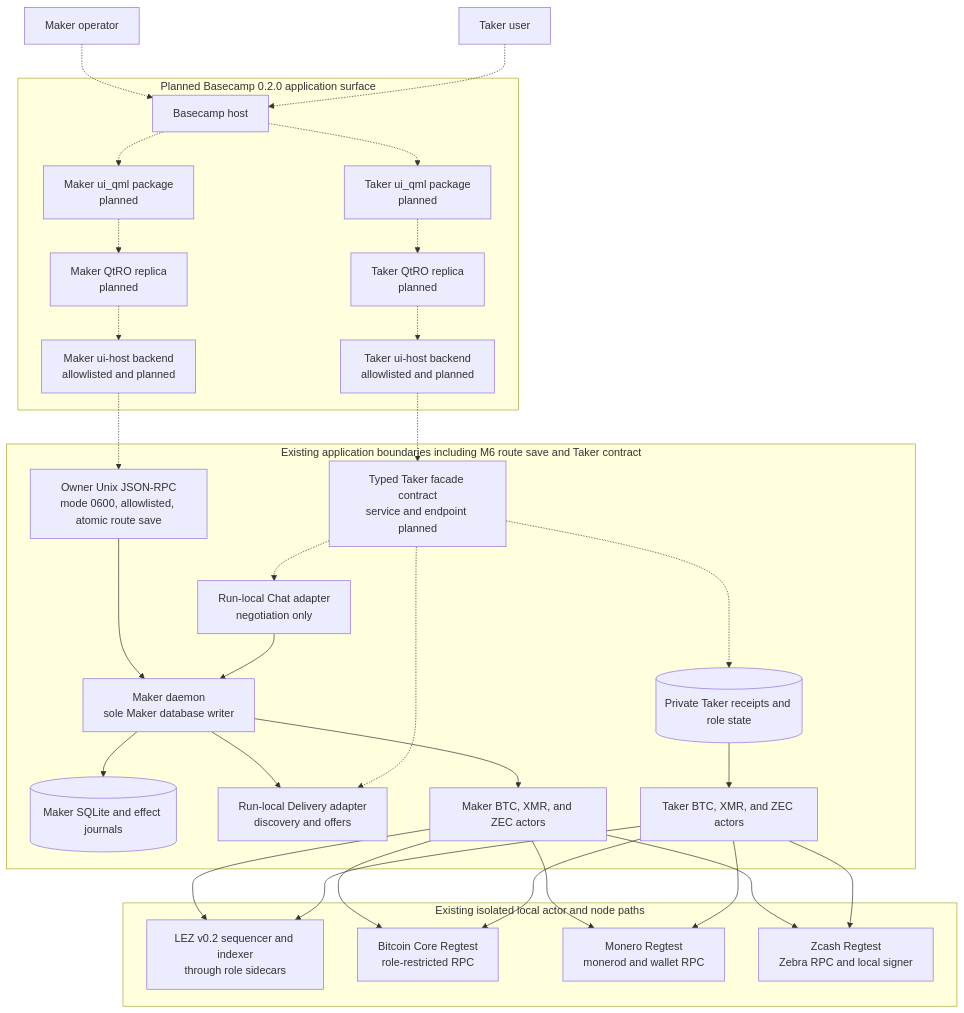
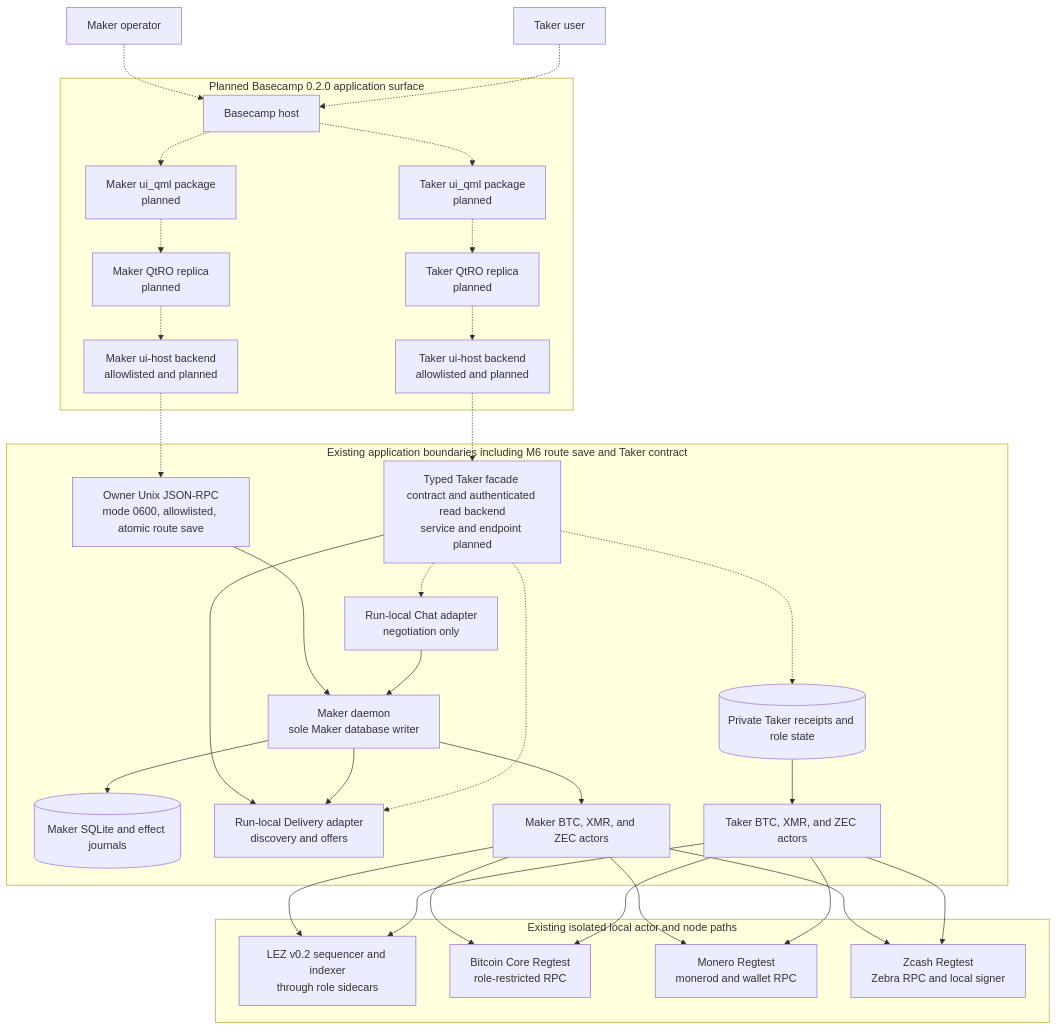
Before and after one commit to gateway-fm/lez-atomic-swaps: the second of 34 diagrams in docs/architecture/system-architecture.md, drawn with Mermaid. The commit also changed 7 other files, not shown here.

Commit message:
docs(m6): isolate taker owner service

````diff
--- a/docs/architecture/system-architecture.md
+++ b/docs/architecture/system-architecture.md
@@ -60,64 +60,65 @@
 ```mermaid
 flowchart TB
     MakerOperator["Maker operator"]
     TakerUser["Taker user"]
 
     subgraph BasecampTarget["Planned Basecamp 0.2.0 application surface"]
         Basecamp["Basecamp host"]
         MakerQml["Maker ui_qml package<br/>planned"]
         TakerQml["Taker ui_qml package<br/>planned"]
         MakerQtro["Maker QtRO replica<br/>planned"]
         TakerQtro["Taker QtRO replica<br/>planned"]
         MakerHost["Maker ui-host backend<br/>allowlisted and planned"]
         TakerHost["Taker ui-host backend<br/>allowlisted and planned"]
     end
 
     subgraph ExistingApplication["Existing application boundaries including M6 route save and Taker contract"]
         MakerRpc["Owner Unix JSON-RPC<br/>mode 0600, allowlisted, atomic route save"]
         MakerDaemon["Maker daemon<br/>sole Maker database writer"]
         MakerDb[("Maker SQLite and effect journals")]
         Delivery["Run-local Delivery adapter<br/>discovery and offers"]
         Chat["Run-local Chat adapter<br/>negotiation only"]
-        TakerFacade["Typed Taker facade contract<br/>service and endpoint planned"]
+        TakerFacade["Typed Taker facade contract and authenticated read backend<br/>service and endpoint planned"]
         TakerState[("Private Taker receipts and role state")]
         MakerActors["Maker BTC, XMR, and ZEC actors"]
         TakerActors["Taker BTC, XMR, and ZEC actors"]
     end
 
     subgraph LocalChains["Existing isolated local actor and node paths"]
         Lez["LEZ v0.2 sequencer and indexer<br/>through role sidecars"]
         Bitcoin["Bitcoin Core Regtest<br/>role-restricted RPC"]
         Monero["Monero Regtest<br/>monerod and wallet RPC"]
         Zcash["Zcash Regtest<br/>Zebra RPC and local signer"]
     end
 
     MakerOperator -.-> Basecamp
     TakerUser -.-> Basecamp
     Basecamp -.-> MakerQml
     Basecamp -.-> TakerQml
     MakerQml -.-> MakerQtro
     TakerQml -.-> TakerQtro
     MakerQtro -.-> MakerHost
     TakerQtro -.-> TakerHost
     MakerHost -.-> MakerRpc
     TakerHost -.-> TakerFacade
+    TakerFacade --> Delivery
 
     MakerRpc --> MakerDaemon
     MakerDaemon --> MakerDb
     MakerDaemon --> Delivery
     Chat --> MakerDaemon
     MakerDaemon --> MakerActors
     TakerFacade -.-> Delivery
     TakerFacade -.-> Chat
     TakerFacade -.-> TakerState
     TakerState --> TakerActors
 
     MakerActors --> Lez
     MakerActors --> Bitcoin
     MakerActors --> Monero
     MakerActors --> Zcash
     TakerActors --> Lez
     TakerActors --> Bitcoin
     TakerActors --> Monero
     TakerActors --> Zcash
 ```
````
